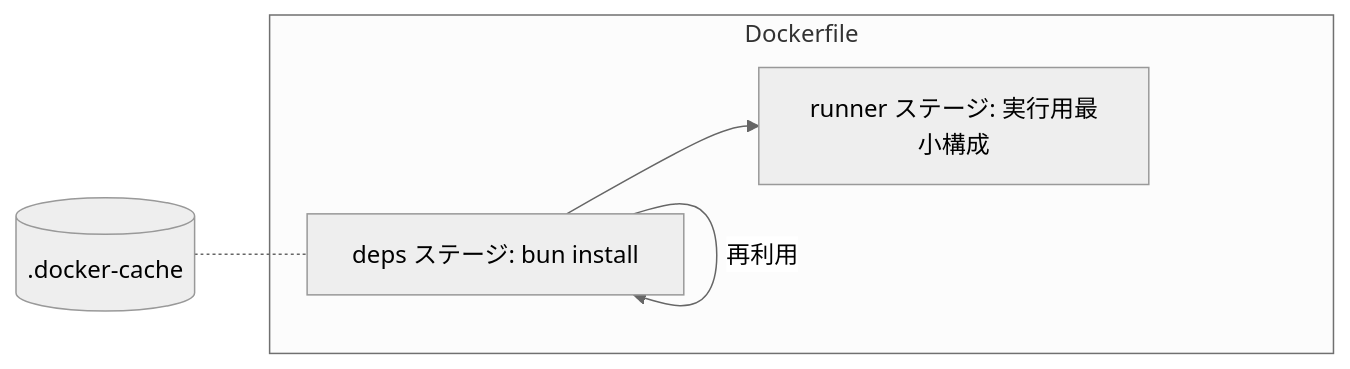
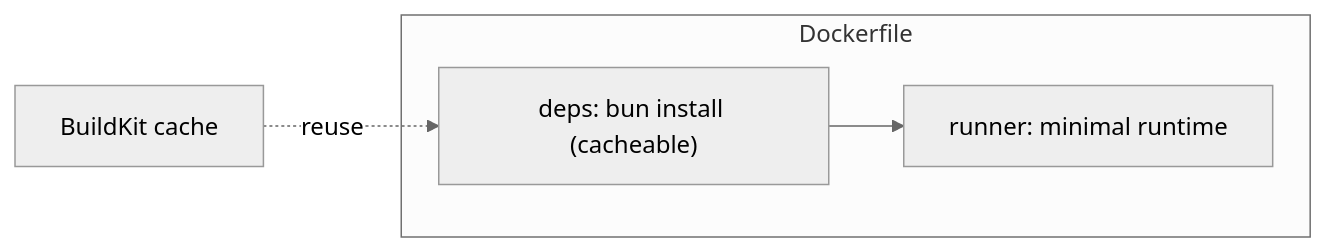
Before and after one commit to Lunacea/web-template: the fourth of 5 diagrams in DESIGN.md, drawn with Mermaid (neutral theme). The commit also changed other lines of this file and 1 other file, not shown here.

````diff
--- a/DESIGN.md
+++ b/DESIGN.md
@@ -89,12 +93,9 @@
 ```mermaid
 flowchart LR
-  subgraph Image[Dockerfile]
-    D[deps ステージ: bun install]
-    R[runner ステージ: 実行用最小構成]
+  subgraph Dockerfile
+    deps["deps: bun install (cacheable)"]
+    runner["runner: minimal runtime"]
   end
-  Cache[(.docker-cache)]
-
-  D -- 再利用 --> D
-  Cache -.- D
-  D --> R
+  cache["BuildKit cache"] -. reuse .-> deps
+  deps --> runner
 ```
````
